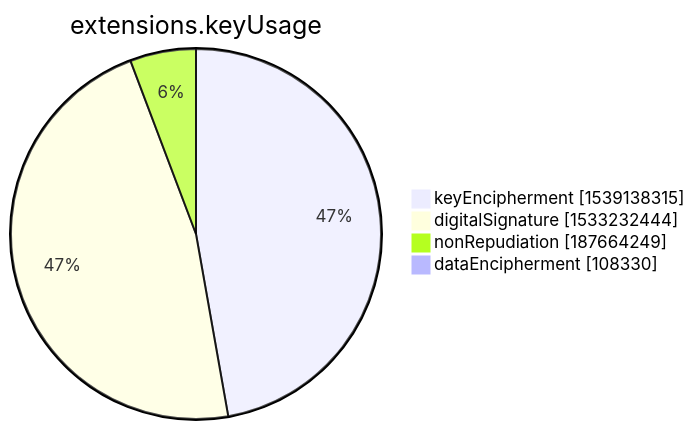
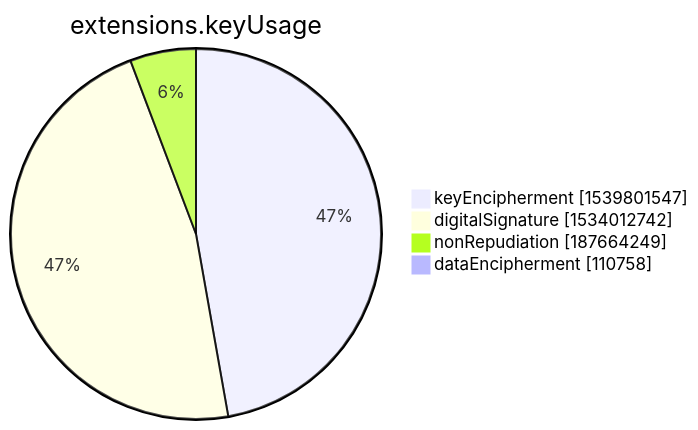
The seventh of 15 diagrams in xenon2022/README.md (christiankrug/ctmonitor_visualization), drawn with Mermaid before and after one commit. The commit also changed other lines of this file, not shown here.

````diff
--- a/xenon2022/README.md
+++ b/xenon2022/README.md
@@ -2849,8 +2849,8 @@
 ```mermaid
 pie showData
 title extensions.keyUsage
-"keyEncipherment" :1539138315
-"digitalSignature" :1533232444
+"keyEncipherment" :1539801547
+"digitalSignature" :1534012742
 "nonRepudiation" :187664249
-"dataEncipherment" :108330
+"dataEncipherment" :110758
 ```
````
